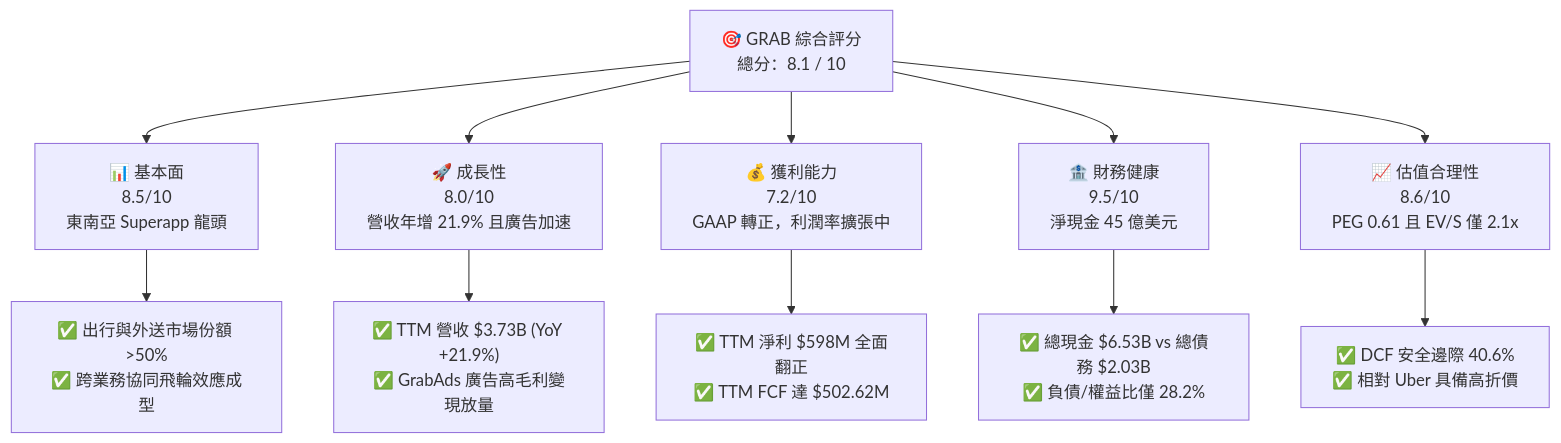
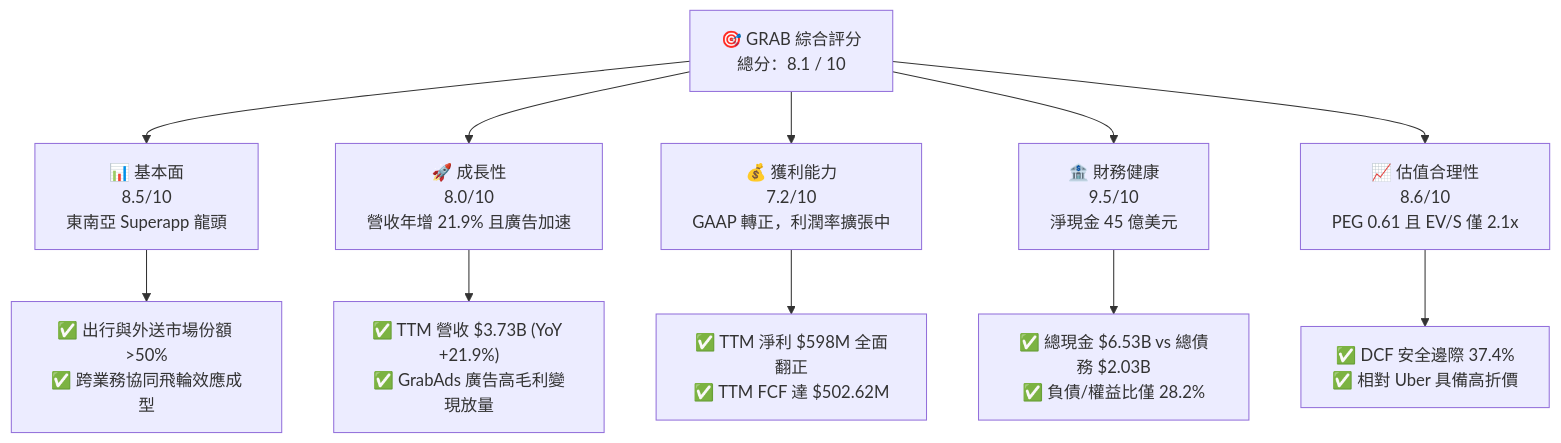
Before and after one commit to yennanliu/finance_data: the first of 15 diagrams in ai_gen_report/fundamental/grab/fundamental_analysis_2026-10-17_gemini.md, drawn with Mermaid. The commit also changed other lines of this file and 339 other files, not shown here.

````diff
--- a/ai_gen_report/fundamental/grab/fundamental_analysis_2026-10-17_gemini.md
+++ b/ai_gen_report/fundamental/grab/fundamental_analysis_2026-10-17_gemini.md
@@ -58,22 +65,22 @@
 ```mermaid
 graph TD
     TICKER["🎯 GRAB 綜合評分<br/>總分：8.1 / 10"]
 
     F["📊 基本面<br/>8.5/10<br/>東南亞 Superapp 龍頭"]
     G["🚀 成長性<br/>8.0/10<br/>營收年增 21.9% 且廣告加速"]
     P["💰 獲利能力<br/>7.2/10<br/>GAAP 轉正，利潤率擴張中"]
     B["🏦 財務健康<br/>9.5/10<br/>淨現金 45 億美元"]
     V["📈 估值合理性<br/>8.6/10<br/>PEG 0.61 且 EV/S 僅 2.1x"]
 
     TICKER --> F
     TICKER --> G
     TICKER --> P
     TICKER --> B
     TICKER --> V
 
     F --> F1["✅ 出行與外送市場份額 >50%<br/>✅ 跨業務協同飛輪效應成型"]
     G --> G1["✅ TTM 營收 $3.73B (YoY +21.9%)<br/>✅ GrabAds 廣告高毛利變現放量"]
     P --> P1["✅ TTM 淨利 $598M 全面翻正<br/>✅ TTM FCF 達 $502.62M"]
     B --> B1["✅ 總現金 $6.53B vs 總債務 $2.03B<br/>✅ 負債/權益比僅 28.2%"]
-    V --> V1["✅ DCF 安全邊際 40.6%<br/>✅ 相對 Uber 具備高折價"]
+    V --> V1["✅ DCF 安全邊際 37.4%<br/>✅ 相對 Uber 具備高折價"]
 ```
````
